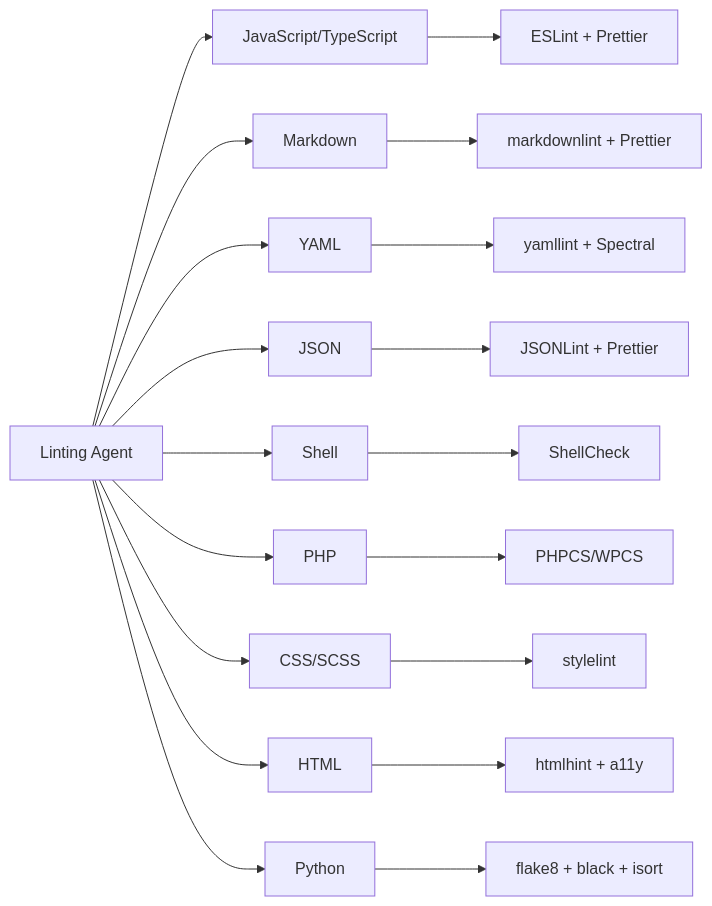
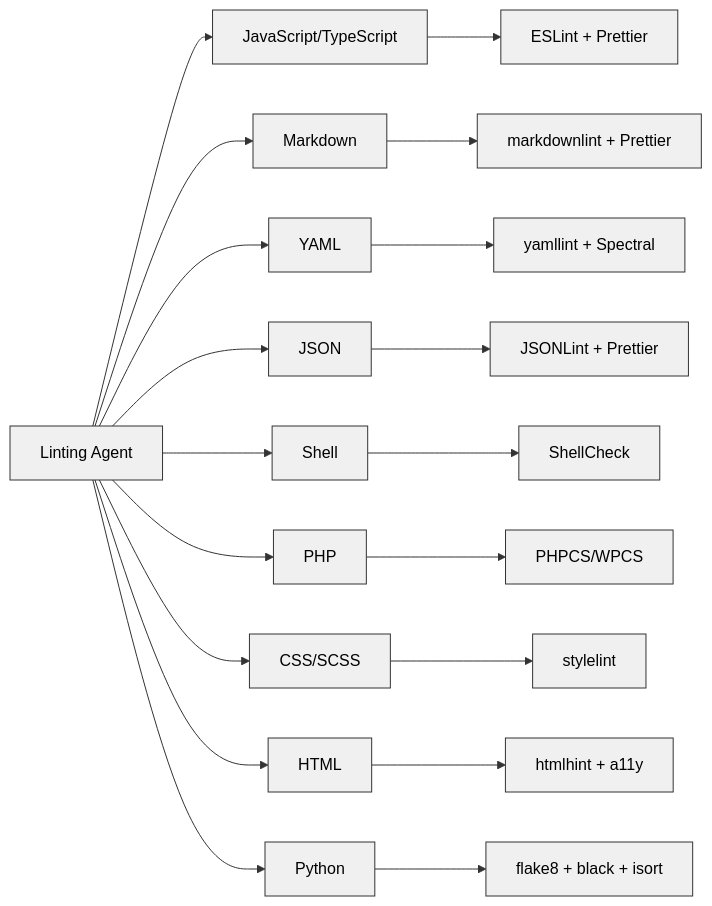
The second of 3 diagrams in .github/projects/active/linting-agent-2026-08-12/SPECIFICATION.md (lightspeedwp/.github), drawn with Mermaid before and after one commit. The commit also changed other lines of this file and 1 other file, not shown here.

Commit message:
fix: Address CI validation checks
- Add Related Issues section to project README.md (fixes project linking validation)
- Update Mermaid diagrams with explicit WCAG color contrast styling
- Update PR description with proper template (linked issues, changelog, DoD checklist)

Addresses feedback from:
- Project Linking Validation (missing Related Issues)
- Mermaid Diagram Validation (color contrast)
- PR Template Enforcement (required sections)

````diff
--- a/.github/projects/active/linting-agent-2026-08-12/SPECIFICATION.md
+++ b/.github/projects/active/linting-agent-2026-08-12/SPECIFICATION.md
@@ -106,22 +107,23 @@
 ```mermaid
+%%{init: {'flowchart': {'htmlLabels': true}, 'theme': 'base', 'themeVariables': { 'primaryColor':'#f0f0f0', 'primaryTextColor':'#000000', 'primaryBorderColor':'#333333', 'lineColor':'#333333', 'secondBkgColor':'#f0f0f0', 'secondTextColor':'#000000'}}}%%
 graph LR
     A[Linting Agent] --> B[JavaScript/TypeScript]
     A --> C[Markdown]
     A --> D[YAML]
     A --> E[JSON]
     A --> F[Shell]
     A --> G[PHP]
     A --> H[CSS/SCSS]
     A --> I[HTML]
     A --> J[Python]
 
     B --> B1["ESLint + Prettier"]
     C --> C1["markdownlint + Prettier"]
     D --> D1["yamllint + Spectral"]
     E --> E1["JSONLint + Prettier"]
     F --> F1["ShellCheck"]
     G --> G1["PHPCS/WPCS"]
     H --> H1["stylelint"]
     I --> I1["htmlhint + a11y"]
     J --> J1["flake8 + black + isort"]
 ```
````
